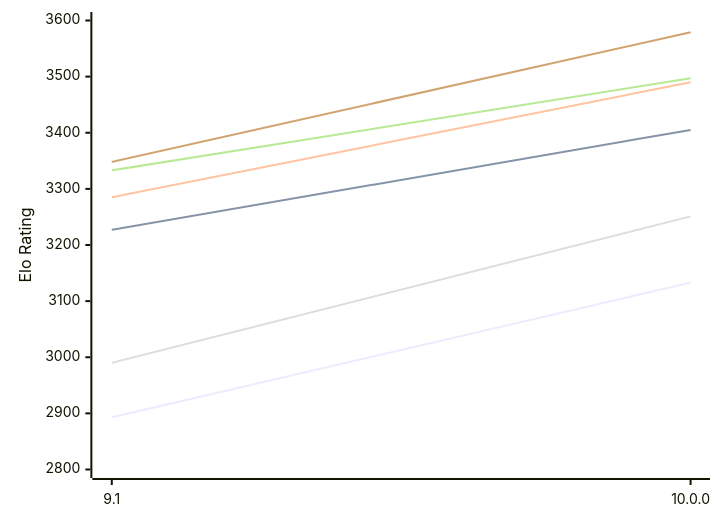
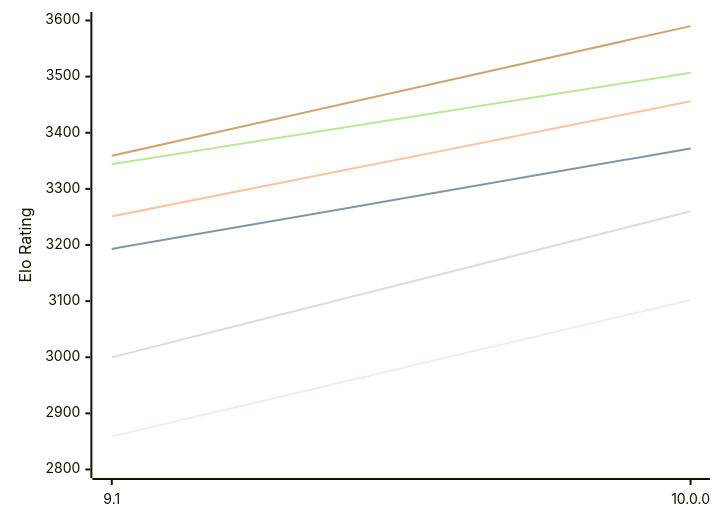
Before and after one commit to computer-chess-index/cci: the first of 2 diagrams in engines/Pea.md, drawn with Mermaid. The commit also changed other lines of this file, not shown here.

Commit message:
Update CCI Ratings (ELO VLTC) - 2026-11-12

````diff
--- a/engines/Pea.md
+++ b/engines/Pea.md
@@ -58,12 +58,12 @@
 ```mermaid
 %%{init: {"theme":"base","themeVariables":{"seriesColors:['#a3a3a3','#222221','#faa371']}}}%%
 xychart-beta
   x-axis ["9.1", "10.0.0"]
   y-axis "Elo Rating" 2800 --> 3600
-  line "E1: STC (8.0+0.08s)" [2893, 3133]
-  line "E1: LTC (60.0+0.60s)" [3227, 3405]
-  line "E1: VLTC (2m24s+1.12s)" [3285, 3490]
-  line "P1: STC (8.0+0.08s)" [2990, 3251]
-  line "P1: LTC (60.0+0.60s)" [3333, 3497]
-  line "P1: VLTC (2m24s+1.12s)" [3348, 3579]
+  line "E1: STC (8.0+0.08s)" [2859, 3102]
+  line "E1: LTC (60.0+0.60s)" [3193, 3372]
+  line "E1: VLTC (2m24s+1.12s)" [3251, 3456]
+  line "P1: STC (8.0+0.08s)" [3000, 3260]
+  line "P1: LTC (60.0+0.60s)" [3344, 3507]
+  line "P1: VLTC (2m24s+1.12s)" [3359, 3590]
 ```
````
